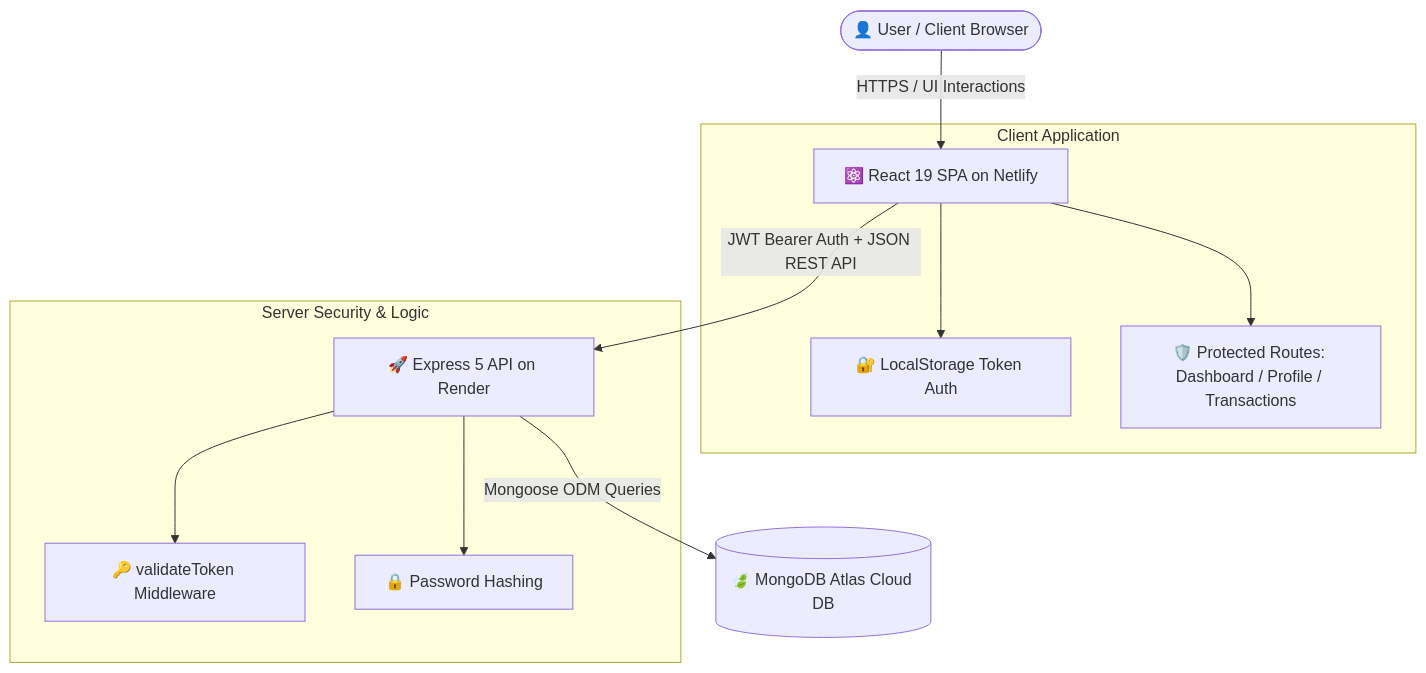
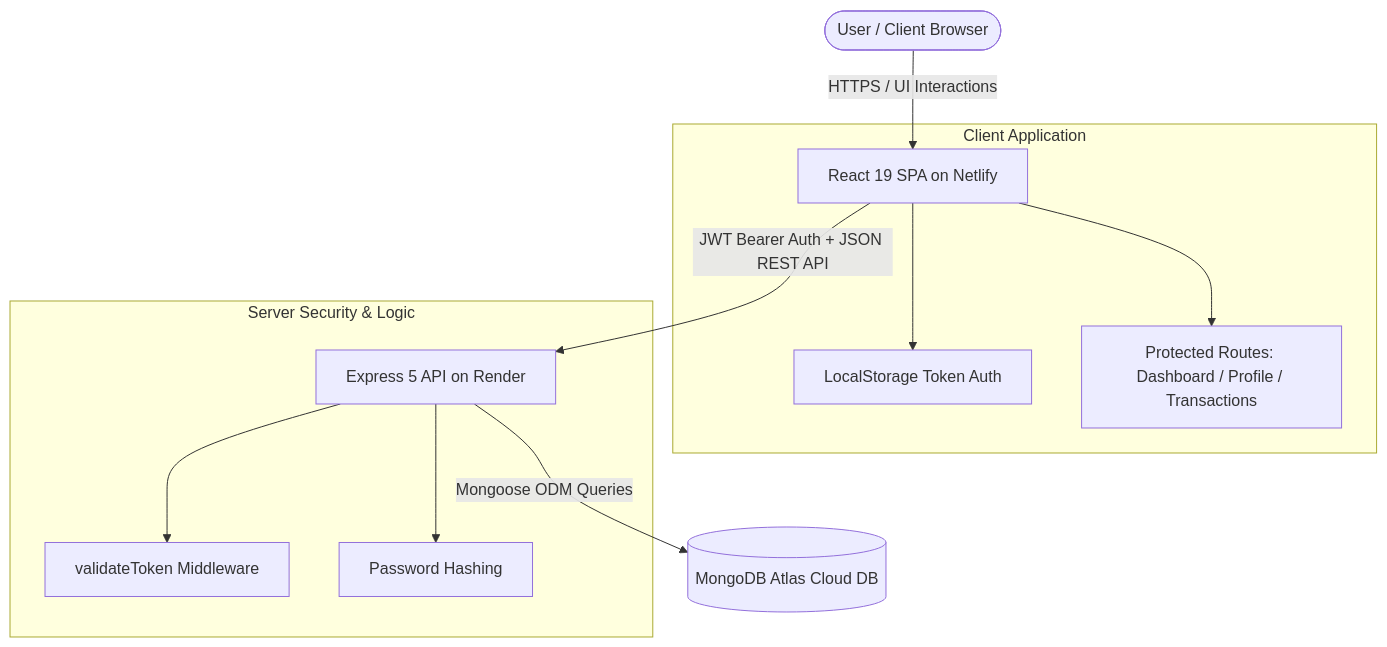
Before and after one commit to supritpal/Expense-Tracker: the diagram in README.md, drawn with Mermaid. The commit also changed other lines of this file, not shown here.

````diff
--- a/README.md
+++ b/README.md
@@ -83,16 +83,16 @@
 ```mermaid
 graph TD
-    User([👤 User / Client Browser]) -->|HTTPS / UI Interactions| Frontend[⚛️ React 19 SPA on Netlify]
-    Frontend -->|JWT Bearer Auth + JSON REST API| Backend[🚀 Express 5 API on Render]
-    Backend -->|Mongoose ODM Queries| Database[(🍃 MongoDB Atlas Cloud DB)]
+    User([ User / Client Browser]) -->|HTTPS / UI Interactions| Frontend[ React 19 SPA on Netlify]
+    Frontend -->|JWT Bearer Auth + JSON REST API| Backend[ Express 5 API on Render]
+    Backend -->|Mongoose ODM Queries| Database[( MongoDB Atlas Cloud DB)]
     
     subgraph Client Application
-        Frontend --> AuthState[🔐 LocalStorage Token Auth]
-        Frontend --> ProtectedViews[🛡️ Protected Routes: Dashboard / Profile / Transactions]
+        Frontend --> AuthState[ LocalStorage Token Auth]
+        Frontend --> ProtectedViews[ Protected Routes: Dashboard / Profile / Transactions]
     end
     
     subgraph Server Security & Logic
-        Backend --> JWTMiddleware[🔑 validateToken Middleware]
-        Backend --> BcryptHashing[🔒 Password Hashing]
+        Backend --> JWTMiddleware[ validateToken Middleware]
+        Backend --> BcryptHashing[ Password Hashing]
     end
 ```
````
